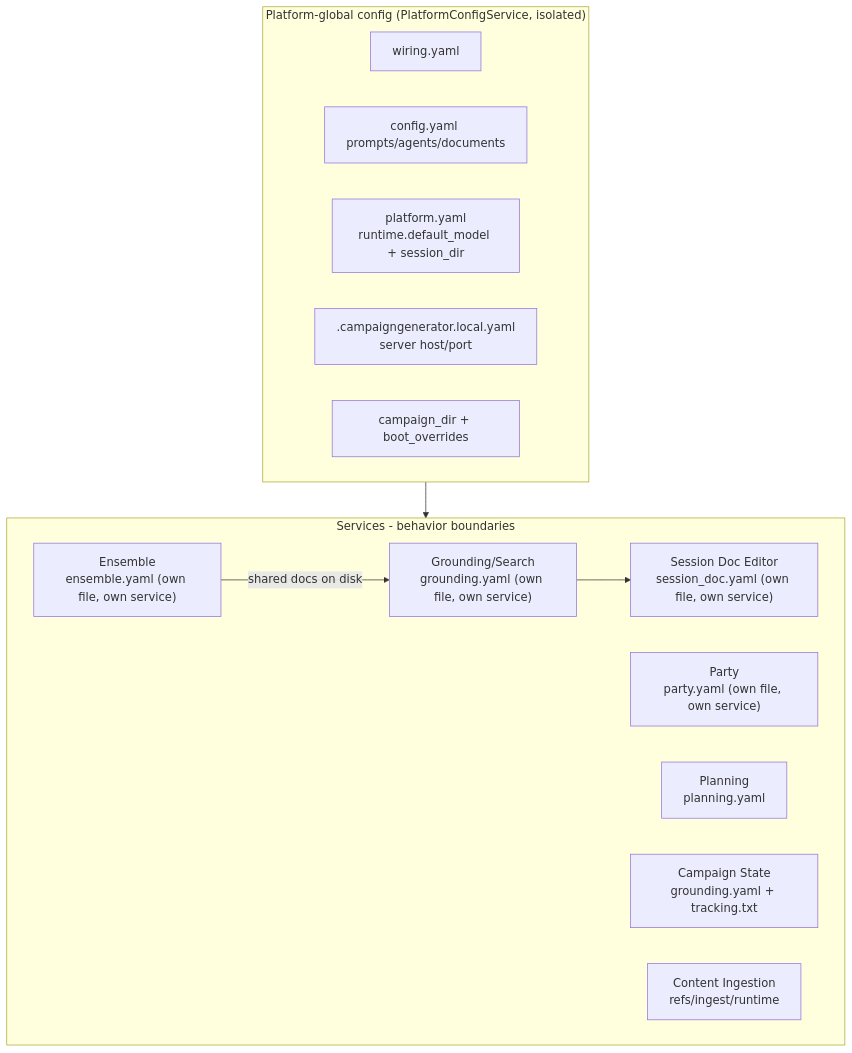
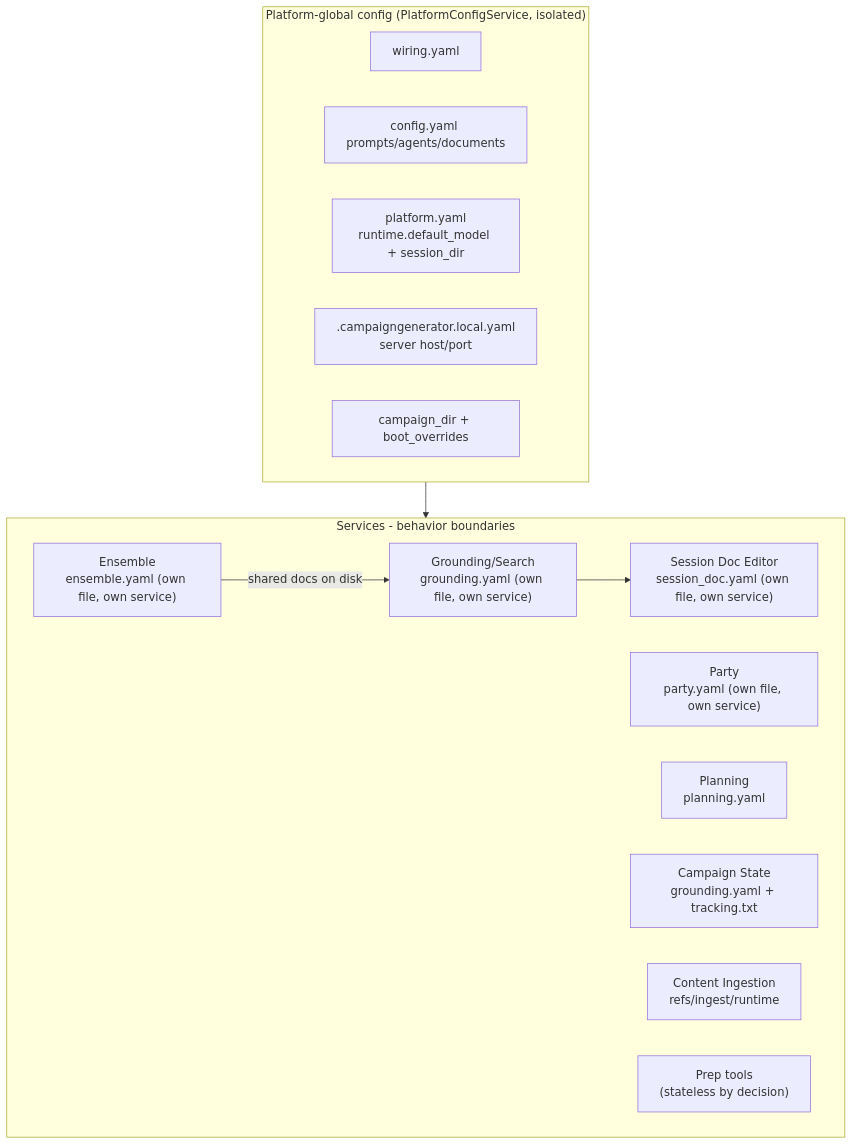
Before and after one commit to kostadis/CampaignGenerator: the diagram in docs/config/service-cut.md, drawn with Mermaid. The commit also changed other lines of this file and 13 other files, not shown here.

````diff
--- a/docs/config/service-cut.md
+++ b/docs/config/service-cut.md
@@ -13,22 +18,23 @@
 ```mermaid
 flowchart TB
   subgraph Platform["Platform-global config (PlatformConfigService, isolated)"]
     WI[wiring.yaml]
     CY[config.yaml prompts/agents/documents]
     RT["platform.yaml<br/>runtime.default_model + session_dir"]
     SRV[".campaigngenerator.local.yaml<br/>server host/port"]
     ROOT[campaign_dir + boot_overrides]
   end
   subgraph Services[Services - behavior boundaries]
     SD["Session Doc Editor<br/>session_doc.yaml (own file, own service)"]
     EN["Ensemble<br/>ensemble.yaml (own file, own service)"]
     GR["Grounding/Search<br/>grounding.yaml (own file, own service)"]
     PA["Party<br/>party.yaml (own file, own service)"]
     PL["Planning<br/>planning.yaml"]
     CST["Campaign State<br/>grounding.yaml + tracking.txt"]
     CI["Content Ingestion<br/>refs/ingest/runtime"]
+    ST["Prep tools<br/>(stateless by decision)"]
   end
   Platform --> Services
   EN -->|shared docs on disk| GR
   GR --> SD
 ```
````
